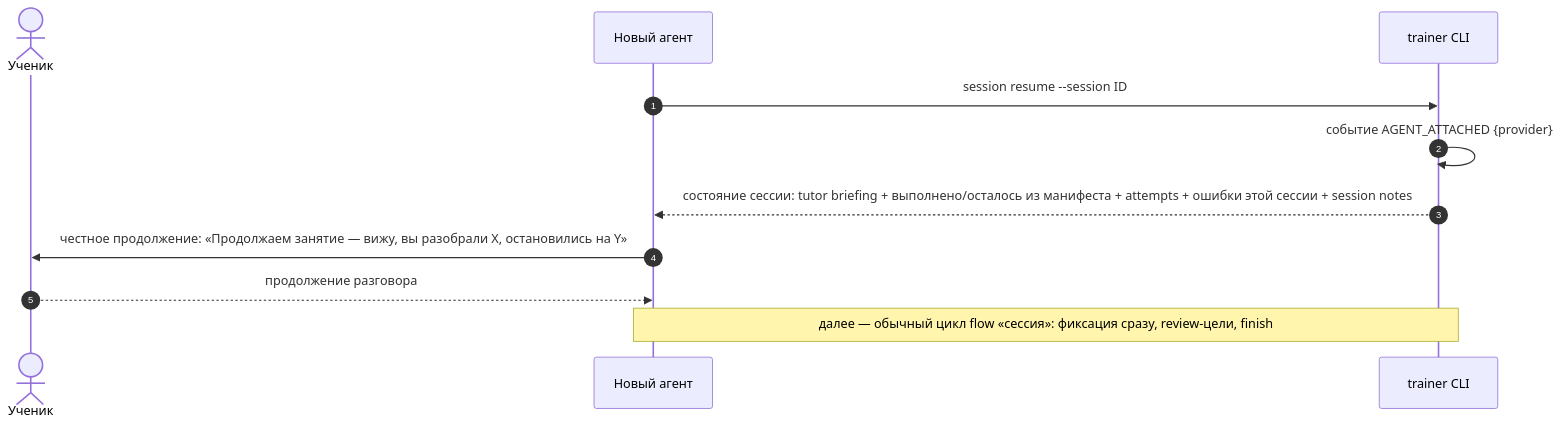
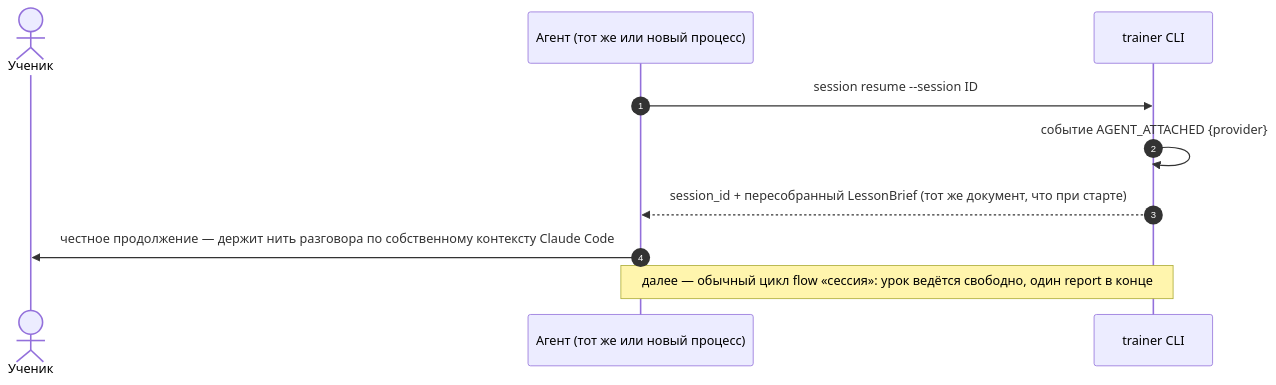
Before and after one commit to alexmaralless-bit/english-memory-trainer: the first of 2 diagrams in wiki/flows/continuation.md, drawn with Mermaid. The commit also changed other lines of this file and 539 other files, not shown here.

````diff
--- a/wiki/flows/continuation.md
+++ b/wiki/flows/continuation.md
@@ -32,14 +34,13 @@
 ```mermaid
 sequenceDiagram
     autonumber
     actor L as Ученик
-    participant A2 as Новый агент
+    participant A2 as Агент (тот же или новый процесс)
     participant T as trainer CLI
 
     A2->>T: session resume --session ID
     T->>T: событие AGENT_ATTACHED {provider}
-    T-->>A2: состояние сессии: tutor briefing + выполнено/осталось из манифеста + attempts + ошибки этой сессии + session notes
-    A2->>L: честное продолжение: «Продолжаем занятие — вижу, вы разобрали X, остановились на Y»
-    L-->>A2: продолжение разговора
-    Note over A2,T: далее — обычный цикл flow «сессия»: фиксация сразу, review-цели, finish
+    T-->>A2: session_id + пересобранный LessonBrief (тот же документ, что при старте)
+    A2->>L: честное продолжение — держит нить разговора по собственному контексту Claude Code
+    Note over A2,T: далее — обычный цикл flow «сессия»: урок ведётся свободно, один report в конце
 ```
````
